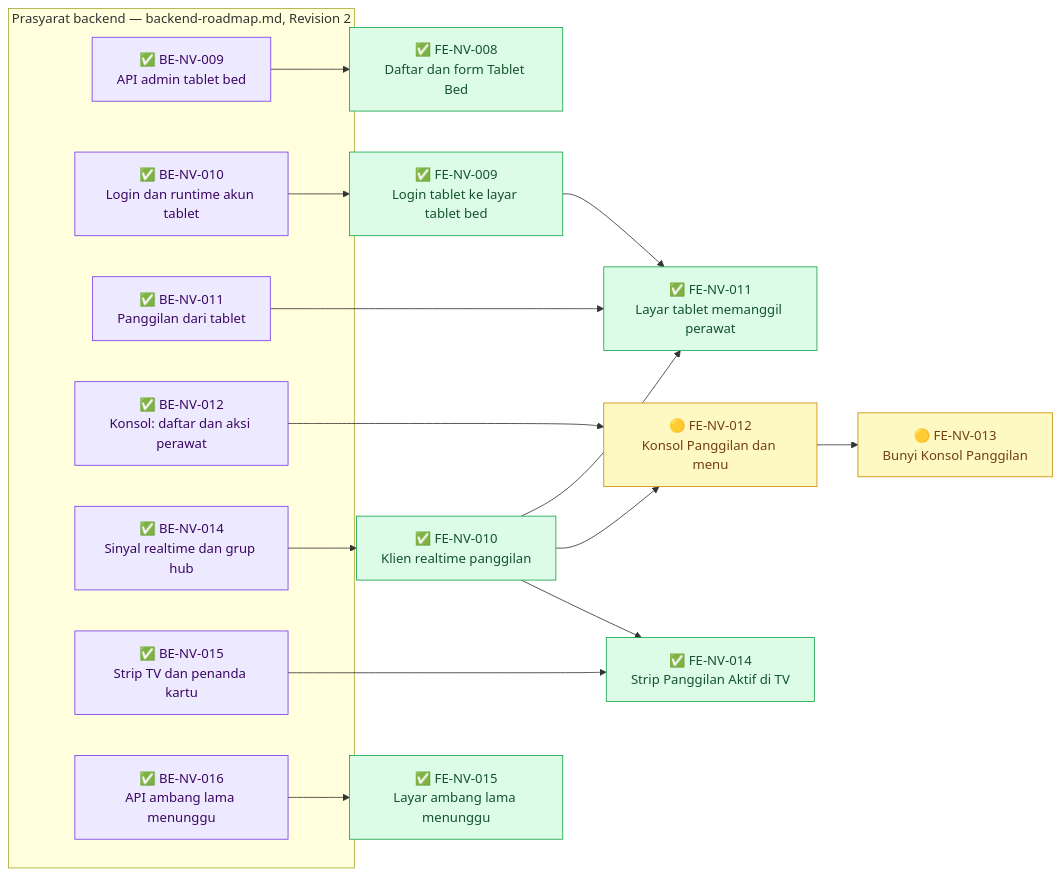
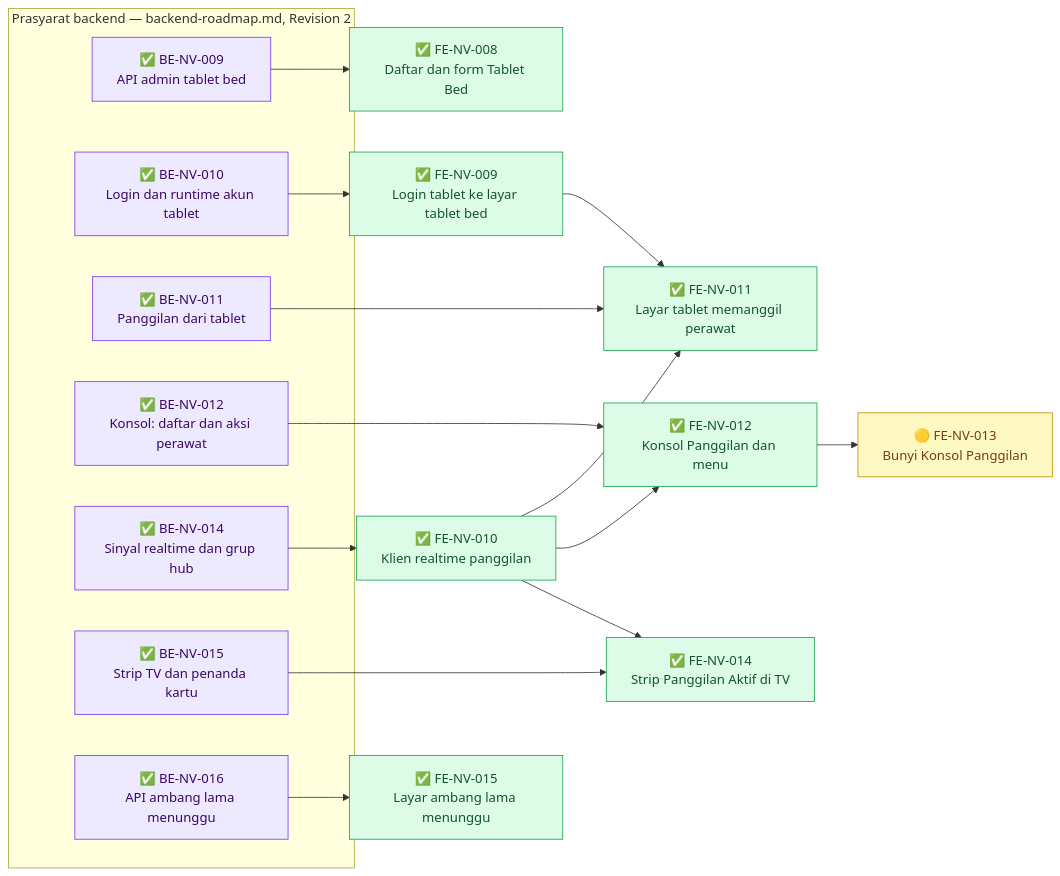
Before and after one commit to DevBenari/NewQuilvianSystemBackend: the second of 2 diagrams in docs/module-blueprints/nurse-view/roadmap/frontend-roadmap.md, drawn with Mermaid. The commit also changed other lines of this file and 2 other files, not shown here.

First line of the commit message:
docs(nurse-view): FE-NV-012 selesai; prototipe nurseCallContext.jsx dihapus dan build frontend 11 Nov

````diff
--- a/docs/module-blueprints/nurse-view/roadmap/frontend-roadmap.md
+++ b/docs/module-blueprints/nurse-view/roadmap/frontend-roadmap.md
@@ -192,40 +192,40 @@
 ```mermaid
 flowchart LR
     classDef selesai fill:#DCFCE7,stroke:#16A34A,color:#14532D
     classDef sebagian fill:#FEF9C3,stroke:#CA8A04,color:#713F12
     classDef terblokir fill:#FEE2E2,stroke:#DC2626,color:#7F1D1D
     classDef belum fill:#F1F5F9,stroke:#64748B,color:#0F172A
     classDef luar fill:#EDE9FE,stroke:#7C3AED,color:#3B0764
 
     subgraph backend["Prasyarat backend — backend-roadmap.md, Revision 2"]
         BENV009["✅ BE-NV-009<br/>API admin tablet bed"]:::luar
         BENV010["✅ BE-NV-010<br/>Login dan runtime akun tablet"]:::luar
         BENV011["✅ BE-NV-011<br/>Panggilan dari tablet"]:::luar
         BENV012["✅ BE-NV-012<br/>Konsol: daftar dan aksi perawat"]:::luar
         BENV014["✅ BE-NV-014<br/>Sinyal realtime dan grup hub"]:::luar
         BENV015["✅ BE-NV-015<br/>Strip TV dan penanda kartu"]:::luar
         BENV016["✅ BE-NV-016<br/>API ambang lama menunggu"]:::luar
     end
 
     FENV008["✅ FE-NV-008<br/>Daftar dan form Tablet Bed"]:::selesai
     FENV009["✅ FE-NV-009<br/>Login tablet ke layar tablet bed"]:::selesai
     FENV010["✅ FE-NV-010<br/>Klien realtime panggilan"]:::selesai
     FENV011["✅ FE-NV-011<br/>Layar tablet memanggil perawat"]:::selesai
-    FENV012["🟡 FE-NV-012<br/>Konsol Panggilan dan menu"]:::sebagian
+    FENV012["✅ FE-NV-012<br/>Konsol Panggilan dan menu"]:::selesai
     FENV013["🟡 FE-NV-013<br/>Bunyi Konsol Panggilan"]:::sebagian
     FENV014["✅ FE-NV-014<br/>Strip Panggilan Aktif di TV"]:::selesai
     FENV015["✅ FE-NV-015<br/>Layar ambang lama menunggu"]:::selesai
 
     BENV009 --> FENV008
     BENV010 --> FENV009
     BENV014 --> FENV010
     BENV011 --> FENV011
     FENV009 --> FENV011
     FENV010 --> FENV011
     BENV012 --> FENV012
     FENV010 --> FENV012
     FENV012 --> FENV013
     BENV015 --> FENV014
     FENV010 --> FENV014
     BENV016 --> FENV015
 ```
````
